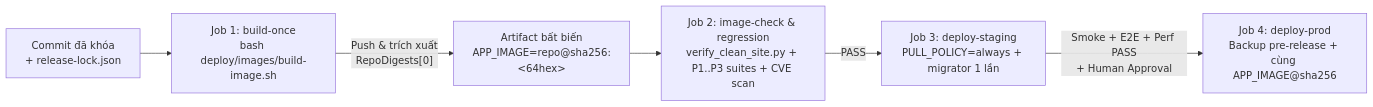
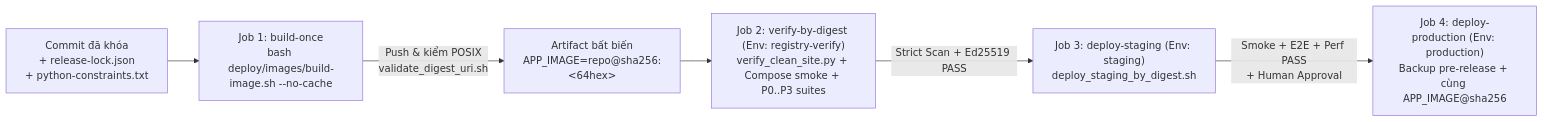
The diagram in docs/p4/p4-02-pipeline-input-contract.md (nobita6986/new-crm), drawn with Mermaid before and after one commit. The commit also changed other lines of this file and 22 other files, not shown here.

Commit message:
fix(p4-02): remediate REL-01..04 strict scan, POSIX digest, Python locks & verify harness

````diff
--- a/docs/p4/p4-02-pipeline-input-contract.md
+++ b/docs/p4/p4-02-pipeline-input-contract.md
@@ -21,8 +23,8 @@
 ```mermaid
 flowchart LR
-    Commit["Commit đã khóa\n+ release-lock.json"] --> BuildOnce["Job 1: build-once\nbash deploy/images/build-image.sh"]
-    BuildOnce -->|"Push & trích xuất\nRepoDigests[0]"| Digest["Artifact bất biến\nAPP_IMAGE=repo@sha256:<64hex>"]
-    Digest --> GateCI["Job 2: image-check & regression\nverify_clean_site.py + P1..P3 suites + CVE scan"]
-    GateCI -->|"PASS"| Staging["Job 3: deploy-staging\nPULL_POLICY=always + migrator 1 lần"]
-    Staging -->|"Smoke + E2E + Perf PASS\n+ Human Approval"| Prod["Job 4: deploy-prod\nBackup pre-release + cùng APP_IMAGE@sha256"]
+    Commit["Commit đã khóa\n+ release-lock.json\n+ python-constraints.txt"] --> BuildOnce["Job 1: build-once\nbash deploy/images/build-image.sh --no-cache"]
+    BuildOnce -->|"Push & kiểm POSIX\nvalidate_digest_uri.sh"| Digest["Artifact bất biến\nAPP_IMAGE=repo@sha256:<64hex>"]
+    Digest --> GateCI["Job 2: verify-by-digest (Env: registry-verify)\nverify_clean_site.py + Compose smoke + P0..P3 suites"]
+    GateCI -->|"Strict Scan + Ed25519 PASS"| Staging["Job 3: deploy-staging (Env: staging)\ndeploy_staging_by_digest.sh"]
+    Staging -->|"Smoke + E2E + Perf PASS\n+ Human Approval"| Prod["Job 4: deploy-production (Env: production)\nBackup pre-release + cùng APP_IMAGE@sha256"]
 ```
````
